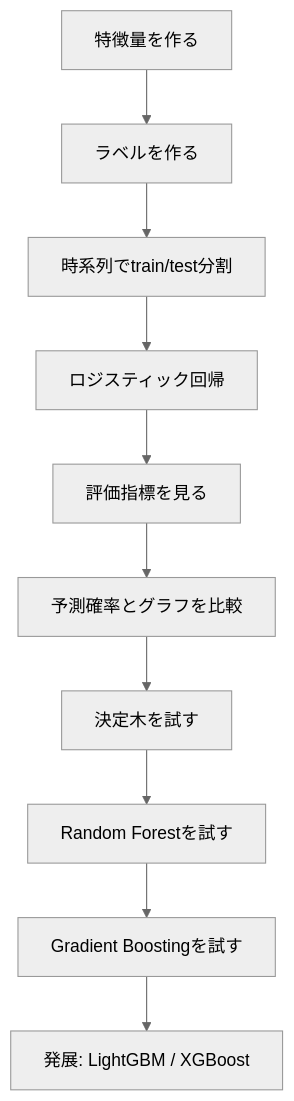
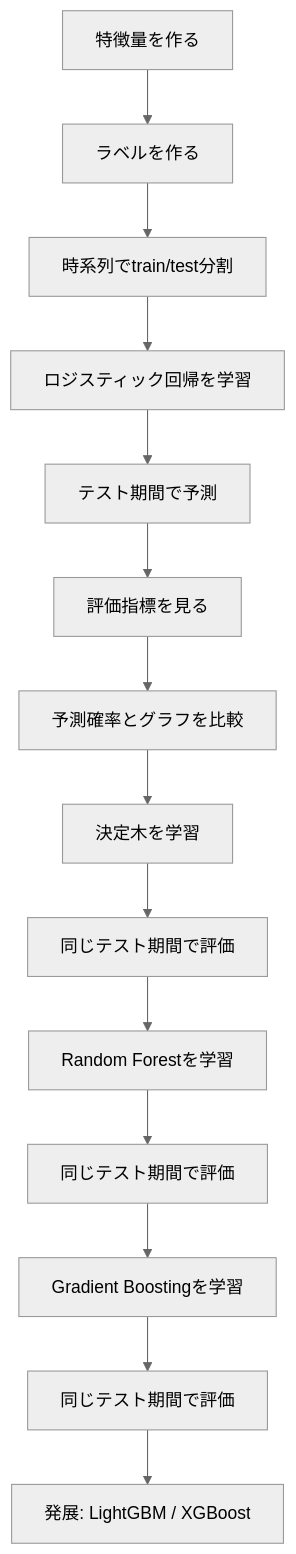
Before and after one commit to mgmaru/collectible-prediction-sandbox: the ninth of 12 diagrams in docs/data-science/model_types_for_classification.md, drawn with Mermaid (neutral theme). The commit also changed other lines of this file, not shown here.

````diff
--- a/docs/data-science/model_types_for_classification.md
+++ b/docs/data-science/model_types_for_classification.md
@@ -594,12 +594,16 @@
 ```mermaid
 flowchart TD
     A["特徴量を作る"] --> B["ラベルを作る"]
     B --> C["時系列でtrain/test分割"]
-    C --> D["ロジスティック回帰"]
-    D --> E["評価指標を見る"]
-    E --> F["予測確率とグラフを比較"]
-    F --> G["決定木を試す"]
-    G --> H["Random Forestを試す"]
-    H --> I["Gradient Boostingを試す"]
-    I --> J["発展: LightGBM / XGBoost"]
+    C --> D["ロジスティック回帰を学習"]
+    D --> E["テスト期間で予測"]
+    E --> F["評価指標を見る"]
+    F --> G["予測確率とグラフを比較"]
+    G --> H["決定木を学習"]
+    H --> I["同じテスト期間で評価"]
+    I --> J["Random Forestを学習"]
+    J --> K["同じテスト期間で評価"]
+    K --> L["Gradient Boostingを学習"]
+    L --> M["同じテスト期間で評価"]
+    M --> N["発展: LightGBM / XGBoost"]
 ```
````
